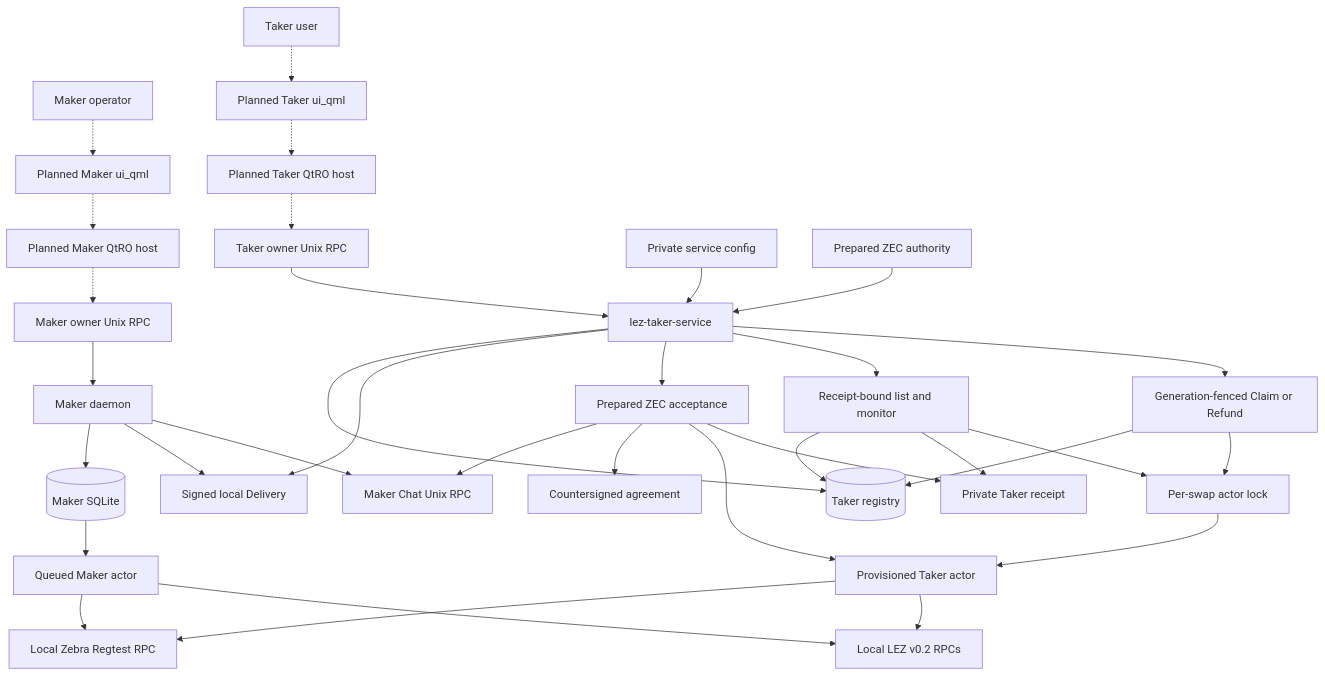
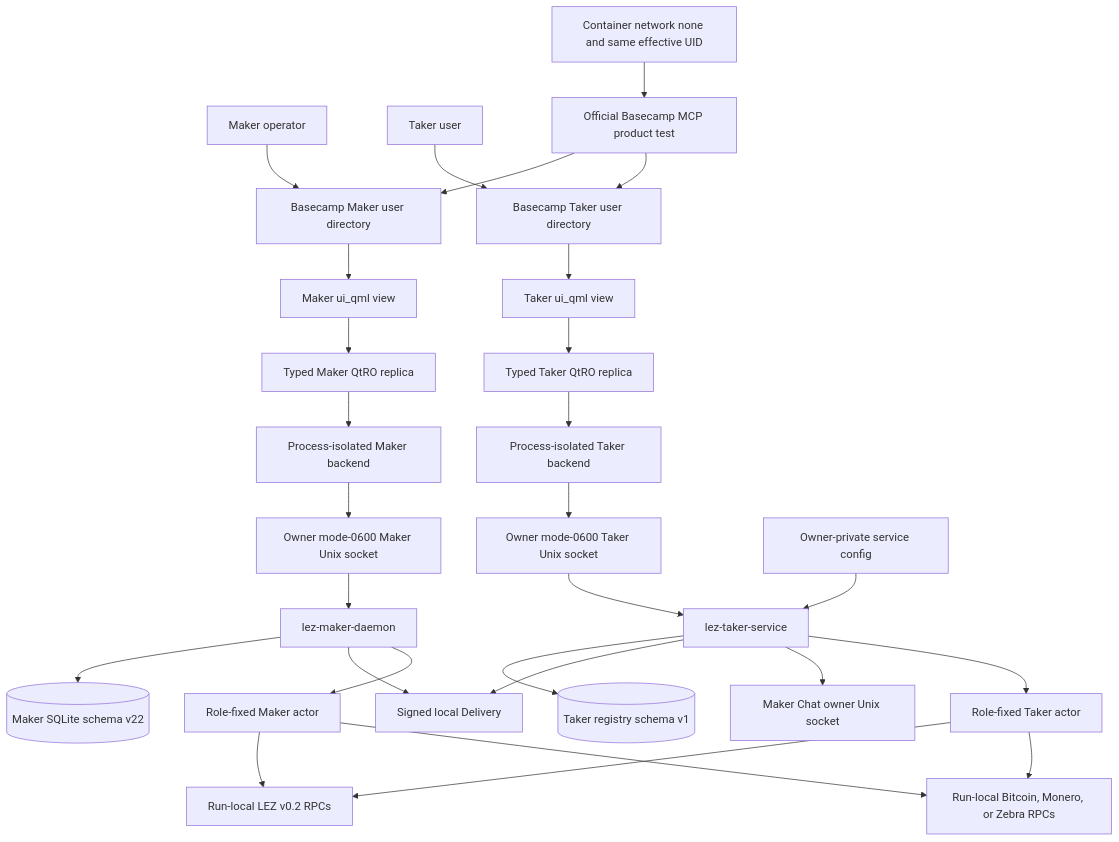
The first of 24 diagrams in docs/architecture/deployment-components-and-rpcs.md (gateway-fm/lez-atomic-swaps), drawn with Mermaid before and after one commit. The commit also changed other lines of this file and 14 other files, not shown here.

Commit message:
docs(m6): certify Basecamp role composition

````diff
--- a/docs/architecture/deployment-components-and-rpcs.md
+++ b/docs/architecture/deployment-components-and-rpcs.md
@@ -91,38 +25,33 @@
 ```mermaid
 flowchart TB
-    Maker["Maker operator"] -.-> MakerQml["Planned Maker ui_qml"]
-    MakerQml -.-> MakerHost["Planned Maker QtRO host"]
-    MakerHost -.-> OwnerRpc["Maker owner Unix RPC"]
-    OwnerRpc --> MakerDaemon["Maker daemon"]
-    MakerDaemon --> MakerDb[("Maker SQLite")]
+    Maker["Maker operator"] --> MakerBC["Basecamp Maker user directory"]
+    MakerBC --> MakerQml["Maker ui_qml view"]
+    MakerQml --> MakerQtRO["Typed Maker QtRO replica"]
+    MakerQtRO --> MakerHost["Process-isolated Maker backend"]
+    MakerHost --> MakerSocket["Owner mode-0600 Maker Unix socket"]
+    MakerSocket --> MakerDaemon["lez-maker-daemon"]
+    MakerDaemon --> MakerDb[("Maker SQLite schema v22")]
+
+    Taker["Taker user"] --> TakerBC["Basecamp Taker user directory"]
+    TakerBC --> TakerQml["Taker ui_qml view"]
+    TakerQml --> TakerQtRO["Typed Taker QtRO replica"]
+    TakerQtRO --> TakerHost["Process-isolated Taker backend"]
+    TakerHost --> TakerSocket["Owner mode-0600 Taker Unix socket"]
+    TakerSocket --> Service["lez-taker-service"]
+    Config["Owner-private service config"] --> Service
+    Service --> Registry[("Taker registry schema v1")]
+
     MakerDaemon --> Delivery["Signed local Delivery"]
-    MakerDaemon --> Chat["Maker Chat Unix RPC"]
+    Service --> Delivery
+    Service --> Chat["Maker Chat owner Unix socket"]
+    MakerDaemon --> MakerActor["Role-fixed Maker actor"]
+    Service --> TakerActor["Role-fixed Taker actor"]
+    MakerActor --> LEZ["Run-local LEZ v0.2 RPCs"]
+    TakerActor --> LEZ
+    MakerActor --> Foreign["Run-local Bitcoin, Monero, or Zebra RPCs"]
+    TakerActor --> Foreign
 
-    Taker["Taker user"] -.-> TakerQml["Planned Taker ui_qml"]
-    TakerQml -.-> TakerHost["Planned Taker QtRO host"]
-    TakerHost -.-> TakerSocket["Taker owner Unix RPC"]
-    TakerSocket --> Service["lez-taker-service"]
-    Config["Private service config"] --> Service
-    Prepared["Prepared ZEC authority"] --> Service
-    Service --> Registry[("Taker registry")]
-    Service --> Delivery
-    Service --> Accept["Prepared ZEC acceptance"]
-    Accept --> Chat
-    Accept --> Agreement["Countersigned agreement"]
-    Accept --> TakerActor["Provisioned Taker actor"]
-    Accept --> Receipt["Private Taker receipt"]
-    Service --> Monitor["Receipt-bound list and monitor"]
-    Service --> Terminal["Generation-fenced Claim or Refund"]
-    Terminal --> Registry
-    Monitor --> Registry
-    Monitor --> Receipt
-    Monitor --> Lock["Per-swap actor lock"]
-    Terminal --> Lock
-    Lock --> TakerActor
-    MakerDb --> MakerActor["Queued Maker actor"]
-
-    MakerActor --> Zebra["Local Zebra Regtest RPC"]
-    MakerActor --> Lez["Local LEZ v0.2 RPCs"]
-    TakerActor --> Zebra
-    TakerActor --> Lez
+    Product["Official Basecamp MCP product test"] --> MakerBC
+    Product --> TakerBC
+    Isolation["Container network none and same effective UID"] --> Product
 ```
````
